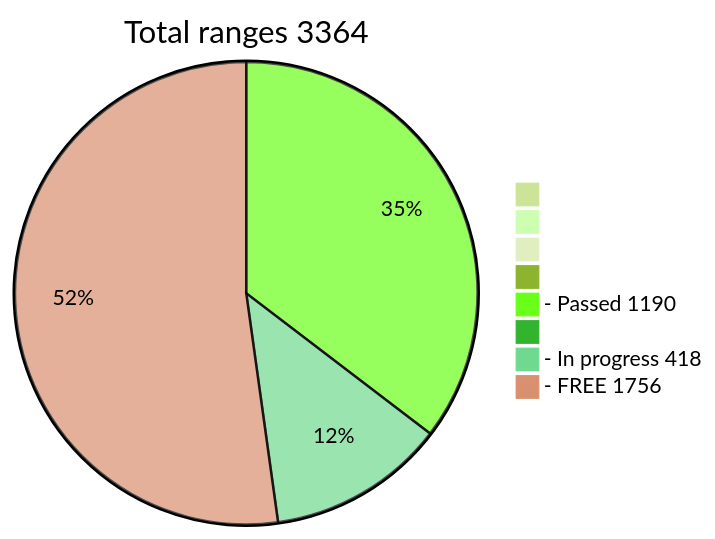
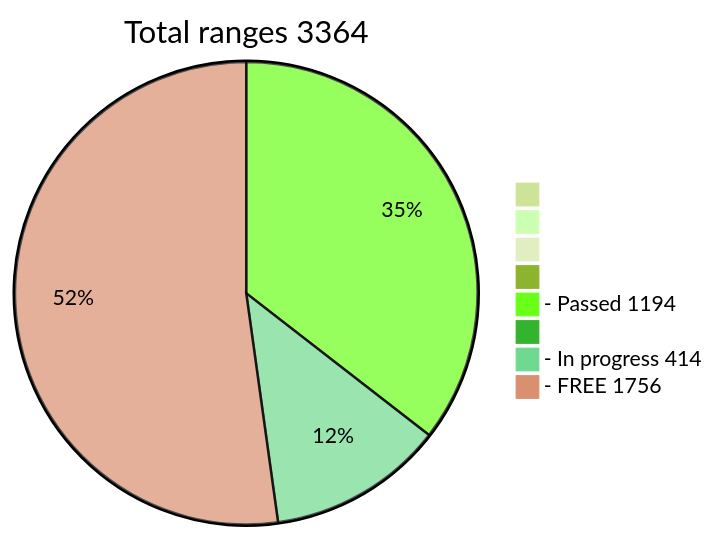
One commit to phrutis/wif500 changed the diagram in README.md. Above: the diagram before and after it, drawn with Mermaid (forest theme).

````diff
--- a/README.md
+++ b/README.md
@@ -16,12 +16,12 @@
 ```mermaid
 pie title Total ranges 3364
              " " : 0
             "  " : 0
            "   " : 0
           "    " : 0
-  "- Passed 1190" : 1190
+  "- Passed 1194" : 1194
          "     " : 0
-  "- In progress 418" : 418
+  "- In progress 414" : 414
    "- FREE 1756" : 1756
    
 ```
````
